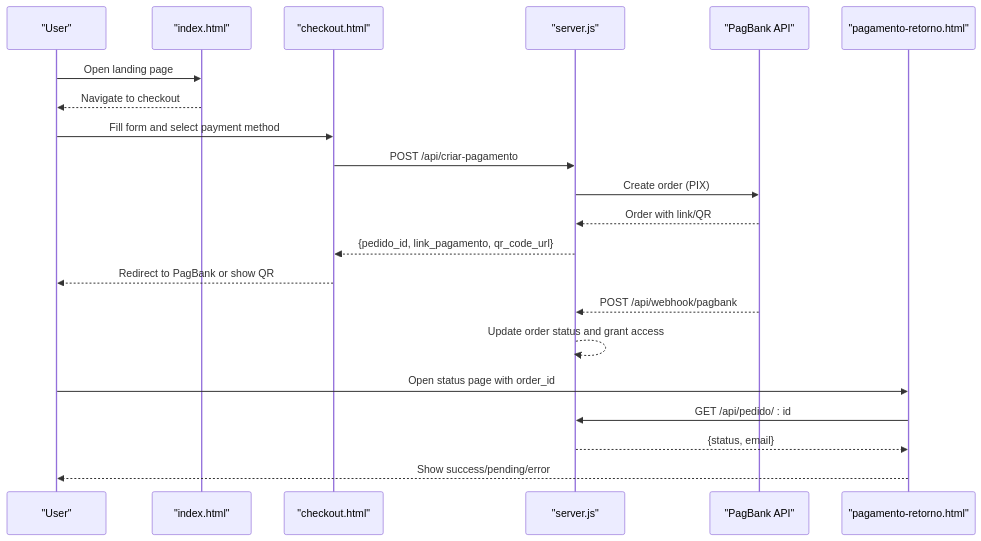
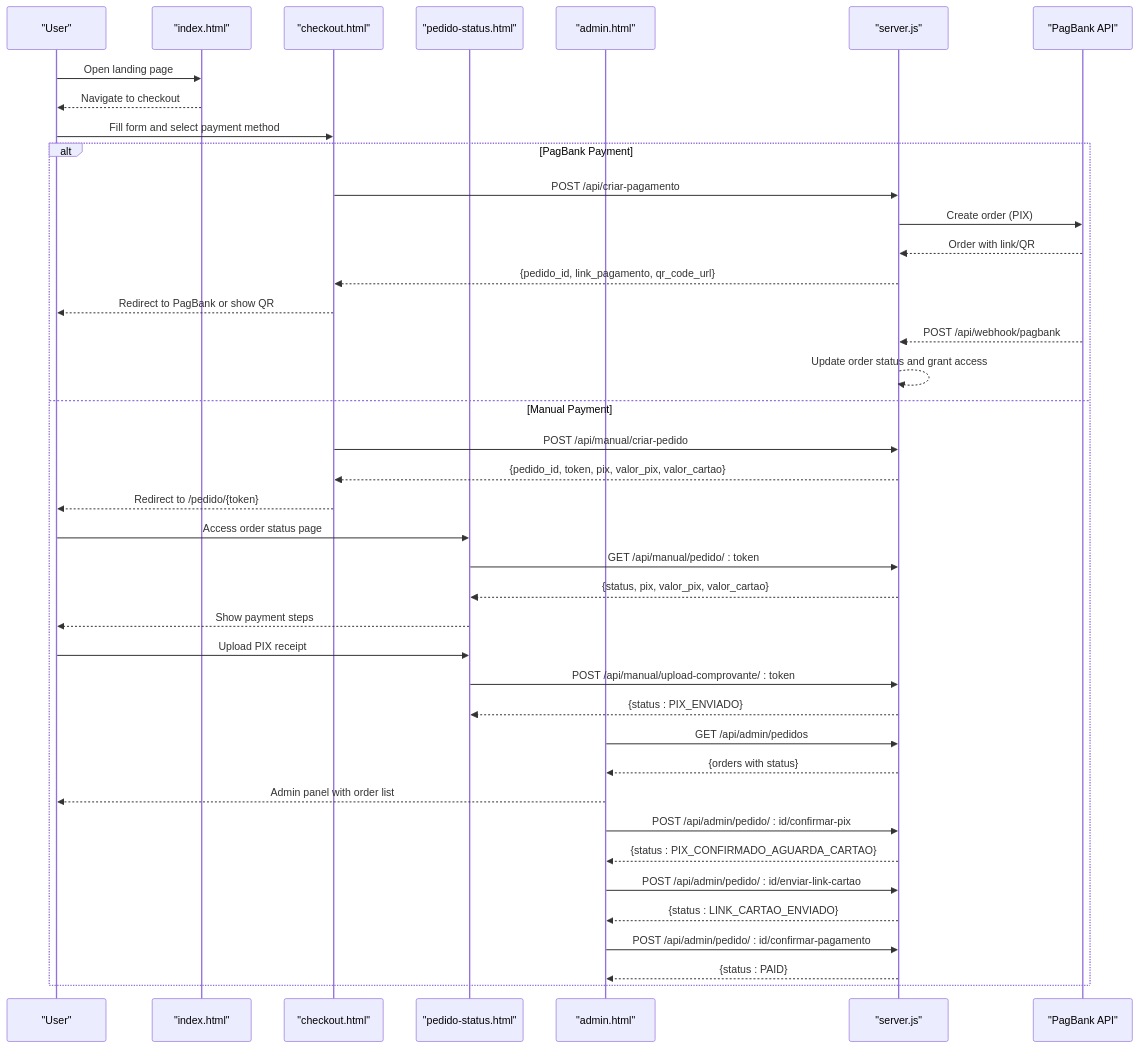
One commit to Alexandrexicara/qretiquetas.com changed the second of 3 diagrams in .qoder/repowiki/en/content/Frontend Components/Frontend Components.md. Above: the diagram before and after it, drawn with Mermaid. The commit also changed other lines of this file and 6 other files, not shown here.

````diff
--- a/.qoder/repowiki/en/content/Frontend Components/Frontend Components.md
+++ b/.qoder/repowiki/en/content/Frontend Components/Frontend Components.md
@@ -92,23 +123,42 @@
 ```mermaid
 sequenceDiagram
 participant U as "User"
 participant IDX as "index.html"
 participant CHK as "checkout.html"
+participant PS as "pedido-status.html"
+participant ADM as "admin.html"
 participant SRV as "server.js"
 participant PB as "PagBank API"
-participant RET as "pagamento-retorno.html"
 U->>IDX : Open landing page
 IDX-->>U : Navigate to checkout
 U->>CHK : Fill form and select payment method
+alt PagBank Payment
 CHK->>SRV : POST /api/criar-pagamento
 SRV->>PB : Create order (PIX)
 PB-->>SRV : Order with link/QR
 SRV-->>CHK : {pedido_id, link_pagamento, qr_code_url}
 CHK-->>U : Redirect to PagBank or show QR
 PB-->>SRV : POST /api/webhook/pagbank
 SRV-->>SRV : Update order status and grant access
-U->>RET : Open status page with order_id
-RET->>SRV : GET /api/pedido/ : id
-SRV-->>RET : {status, email}
-RET-->>U : Show success/pending/error
+else Manual Payment
+CHK->>SRV : POST /api/manual/criar-pedido
+SRV-->>CHK : {pedido_id, token, pix, valor_pix, valor_cartao}
+CHK-->>U : Redirect to /pedido/{token}
+U->>PS : Access order status page
+PS->>SRV : GET /api/manual/pedido/ : token
+SRV-->>PS : {status, pix, valor_pix, valor_cartao}
+PS-->>U : Show payment steps
+U->>PS : Upload PIX receipt
+PS->>SRV : POST /api/manual/upload-comprovante/ : token
+SRV-->>PS : {status : PIX_ENVIADO}
+ADM->>SRV : GET /api/admin/pedidos
+SRV-->>ADM : {orders with status}
+ADM-->>U : Admin panel with order list
+ADM->>SRV : POST /api/admin/pedido/ : id/confirmar-pix
+SRV-->>ADM : {status : PIX_CONFIRMADO_AGUARDA_CARTAO}
+ADM->>SRV : POST /api/admin/pedido/ : id/enviar-link-cartao
+SRV-->>ADM : {status : LINK_CARTAO_ENVIADO}
+ADM->>SRV : POST /api/admin/pedido/ : id/confirmar-pagamento
+SRV-->>ADM : {status : PAID}
+end
 ```
````
